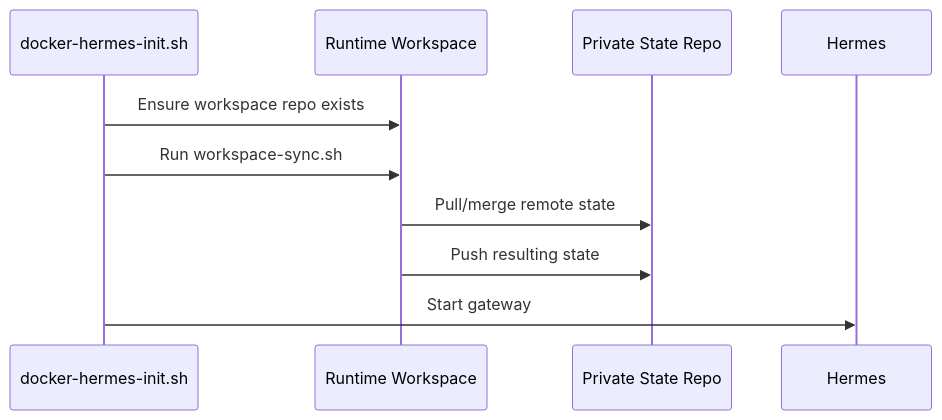
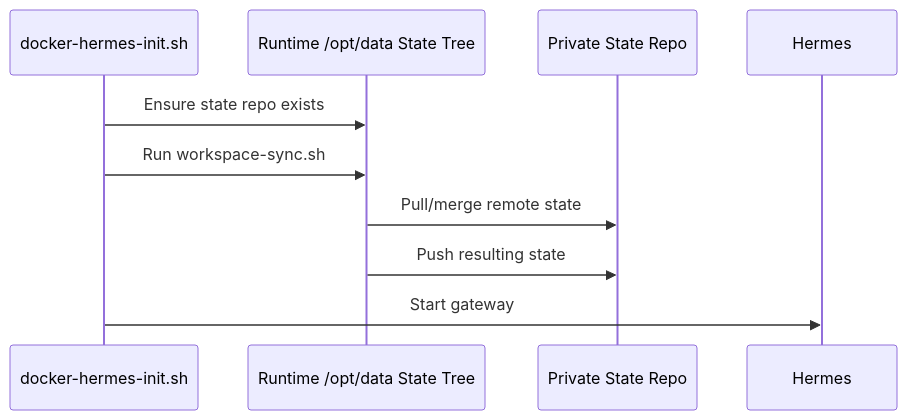
The fourth of 4 diagrams in README.md (Pedrohgv/josemar-assistente), drawn with Mermaid before and after one commit. The commit also changed other lines of this file and 21 other files, not shown here.

````diff
--- a/README.md
+++ b/README.md
@@ -222,13 +222,13 @@
 ```mermaid
 sequenceDiagram
   participant Init as docker-hermes-init.sh
-  participant Workspace as Runtime Workspace
+  participant StateTree as Runtime /opt/data State Tree
   participant Remote as Private State Repo
   participant Hermes as Hermes
 
-  Init->>Workspace: Ensure workspace repo exists
-  Init->>Workspace: Run workspace-sync.sh
-  Workspace->>Remote: Pull/merge remote state
-  Workspace->>Remote: Push resulting state
+  Init->>StateTree: Ensure state repo exists
+  Init->>StateTree: Run workspace-sync.sh
+  StateTree->>Remote: Pull/merge remote state
+  StateTree->>Remote: Push resulting state
   Init->>Hermes: Start gateway
 ```
````
